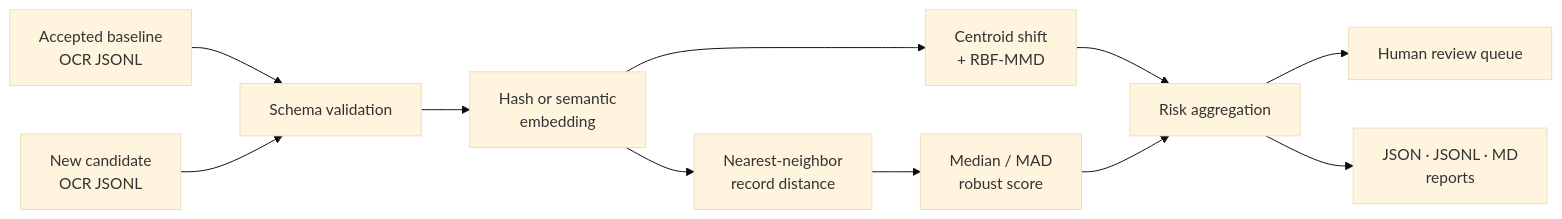
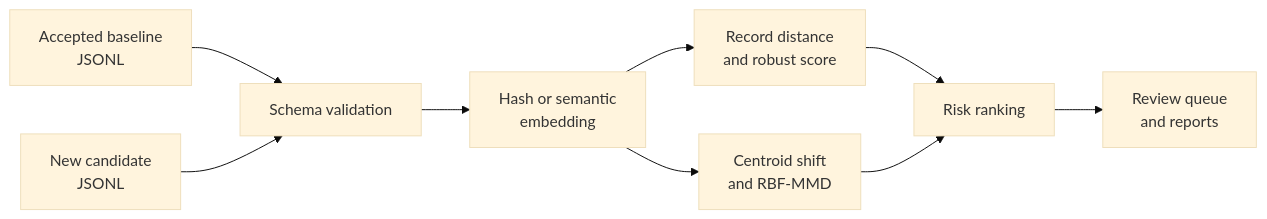
Before and after one commit to yoon-chan-hyeok/ocr-quality-monitoring: the diagram in README.md, drawn with Mermaid (base theme). The commit also changed other lines of this file and 1 other file, not shown here.

````diff
--- a/README.md
+++ b/README.md
@@ -61,13 +28,11 @@
 ```mermaid
 flowchart LR
-    A["Accepted baseline<br/>OCR JSONL"] --> V["Schema validation"]
-    B["New candidate<br/>OCR JSONL"] --> V
+    A["Accepted baseline<br/>JSONL"] --> V["Schema validation"]
+    B["New candidate<br/>JSONL"] --> V
     V --> E["Hash or semantic<br/>embedding"]
-    E --> N["Nearest-neighbor<br/>record distance"]
-    E --> G["Centroid shift<br/>+ RBF-MMD"]
-    N --> Z["Median / MAD<br/>robust score"]
-    G --> R["Risk aggregation"]
-    Z --> R
-    R --> Q["Human review queue"]
-    R --> P["JSON · JSONL · MD<br/>reports"]
+    E --> N["Record distance<br/>and robust score"]
+    E --> G["Centroid shift<br/>and RBF-MMD"]
+    N --> R["Risk ranking"]
+    G --> R
+    R --> Q["Review queue<br/>and reports"]
 ```
````
